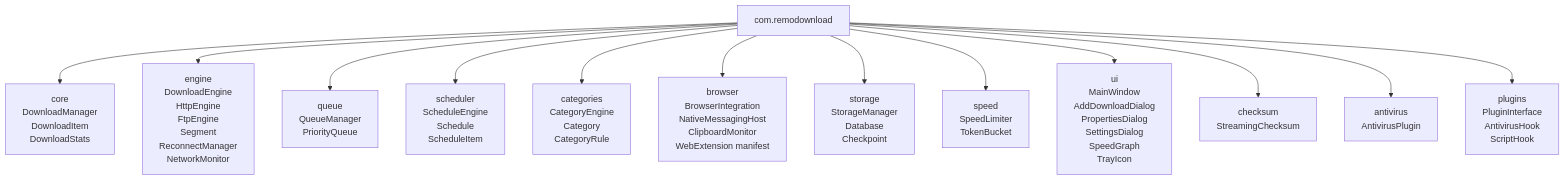
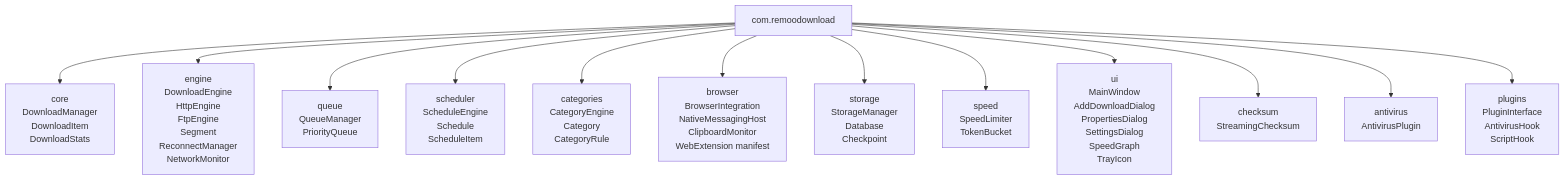
Before and after one commit to remongamal282-hash/remoo-download: the diagram in docs/diagrams/09-package-overview.mmd, drawn with Mermaid. The commit also changed 47 other files, not shown here.

```diff
--- a/docs/diagrams/09-package-overview.mmd
+++ b/docs/diagrams/09-package-overview.mmd
@@ -1,15 +1,15 @@
 flowchart TB
-    root["com.remodownload"]
+    root["com.remoodownload"]
 
     root --> core["core<br/>DownloadManager<br/>DownloadItem<br/>DownloadStats"]
     root --> engine["engine<br/>DownloadEngine<br/>HttpEngine<br/>FtpEngine<br/>Segment<br/>ReconnectManager<br/>NetworkMonitor"]
     root --> queue["queue<br/>QueueManager<br/>PriorityQueue"]
     root --> scheduler["scheduler<br/>ScheduleEngine<br/>Schedule<br/>ScheduleItem"]
     root --> categories["categories<br/>CategoryEngine<br/>Category<br/>CategoryRule"]
     root --> browser["browser<br/>BrowserIntegration<br/>NativeMessagingHost<br/>ClipboardMonitor<br/>WebExtension manifest"]
     root --> storage["storage<br/>StorageManager<br/>Database<br/>Checkpoint"]
     root --> speed["speed<br/>SpeedLimiter<br/>TokenBucket"]
     root --> ui["ui<br/>MainWindow<br/>AddDownloadDialog<br/>PropertiesDialog<br/>SettingsDialog<br/>SpeedGraph<br/>TrayIcon"]
     root --> checksum["checksum<br/>StreamingChecksum"]
     root --> antivirus["antivirus<br/>AntivirusPlugin"]
     root --> plugins["plugins<br/>PluginInterface<br/>AntivirusHook<br/>ScriptHook"]
```
